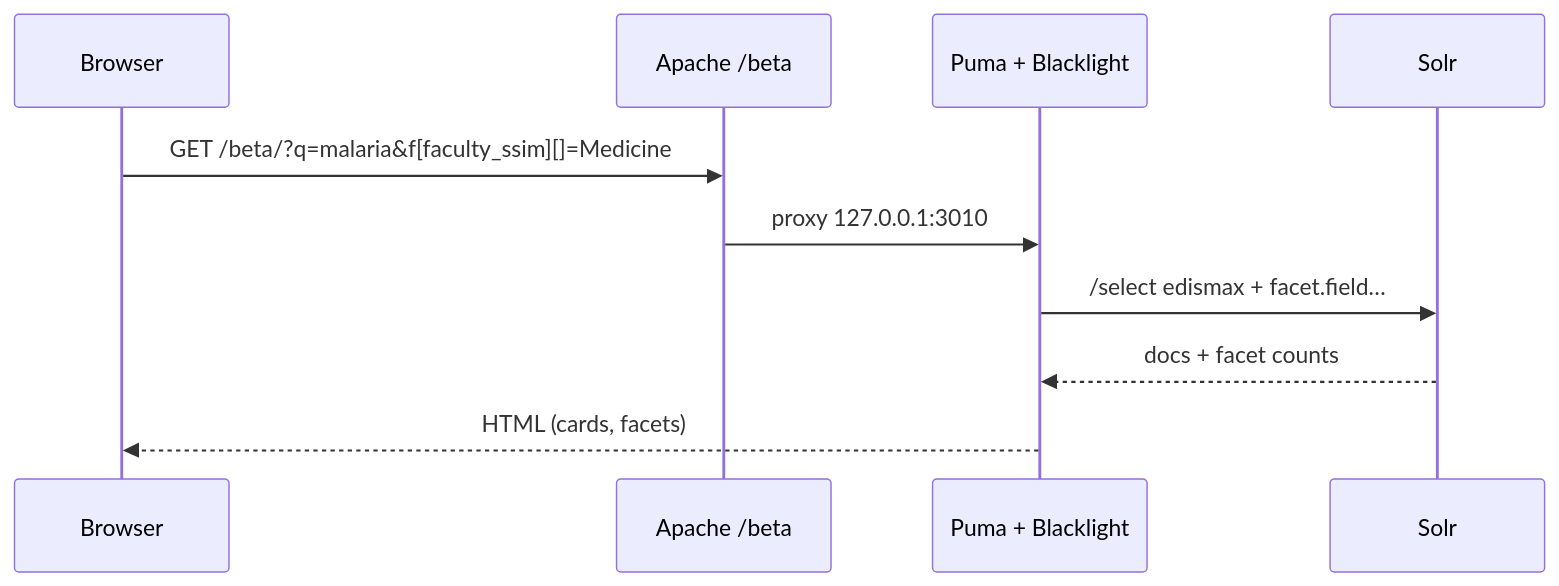
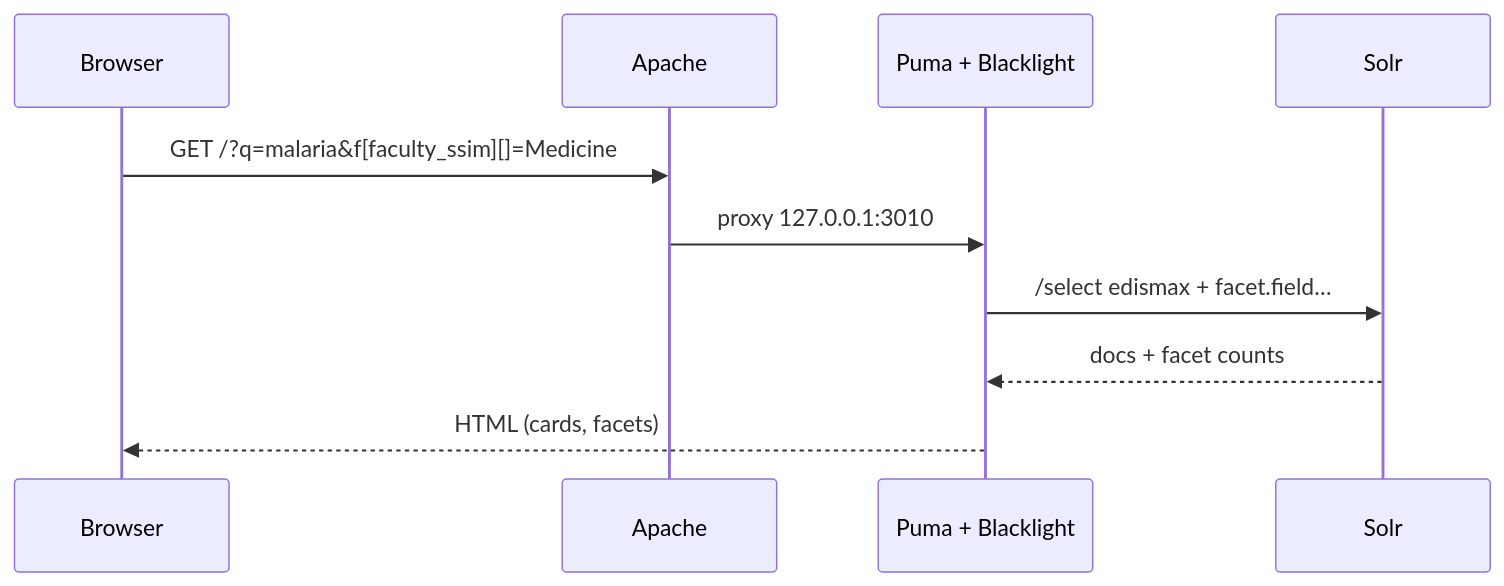
Diagram 13 of 15 in docs/SDD.md (lightonphiri/code-datalab26-netd_aggregator), drawn with Mermaid before and after one commit. The commit also changed other lines of this file and 9 other files, not shown here.

Commit message:
SRS and SDD published in the manual site under Reference (MkDocs hook); two SDD diagrams GitHub could not render fixed; /beta removed from current diagrams; FR-34 subject as code; SRS 0.42, SDD 0.41 (post-paper)

````diff
--- a/docs/SDD.md
+++ b/docs/SDD.md
@@ -564,12 +565,12 @@
 ```mermaid
 sequenceDiagram
   participant B as Browser
-  participant A as Apache /beta
+  participant A as Apache
   participant P as Puma + Blacklight
   participant Q as Solr
-  B->>A: GET /beta/?q=malaria&f[faculty_ssim][]=Medicine
+  B->>A: GET /?q=malaria&f[faculty_ssim][]=Medicine
   A->>P: proxy 127.0.0.1:3010
   P->>Q: /select edismax + facet.field…
   Q-->>P: docs + facet counts
   P-->>B: HTML (cards, facets)
 ```
````
